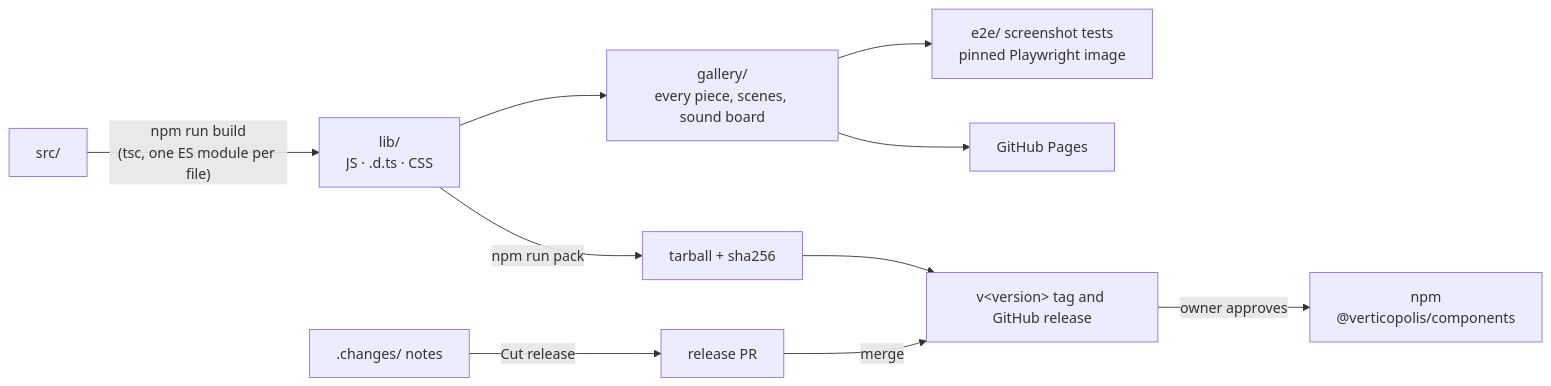
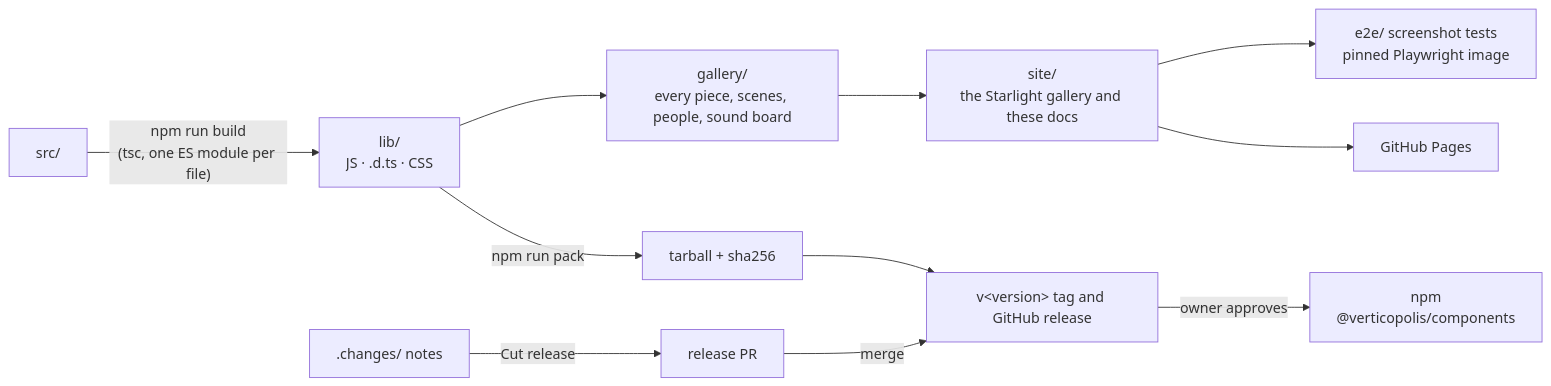
The seventh of 7 diagrams in ARCHITECTURE.md (Verticopolis/components), drawn with Mermaid before and after one commit. The commit also changed 11 other files, not shown here.

First line of the commit message:
Show the repository's docs on the gallery site [update-screenshots]

````diff
--- a/ARCHITECTURE.md
+++ b/ARCHITECTURE.md
@@ -191,12 +191,13 @@
 ```mermaid
 flowchart LR
     Src["src/"] -->|"npm run build<br/>(tsc, one ES module per file)"| Lib["lib/<br/>JS · .d.ts · CSS"]
-    Lib --> Gallery["gallery/<br/>every piece, scenes, sound board"]
-    Gallery --> Shots["e2e/ screenshot tests<br/>pinned Playwright image"]
-    Gallery --> Pages["GitHub Pages"]
+    Lib --> Gallery["gallery/<br/>every piece, scenes, people, sound board"]
+    Gallery --> Site["site/<br/>the Starlight gallery and these docs"]
+    Site --> Shots["e2e/ screenshot tests<br/>pinned Playwright image"]
+    Site --> Pages["GitHub Pages"]
     Lib -->|"npm run pack"| Tgz["tarball + sha256"]
     Notes[".changes/ notes"] -->|"Cut release"| ReleasePR["release PR"]
     ReleasePR -->|"merge"| Tag["v&lt;version&gt; tag and GitHub release"]
     Tgz --> Tag
     Tag -->|"owner approves"| Npm["npm<br/>@verticopolis/components"]
 ```
````
